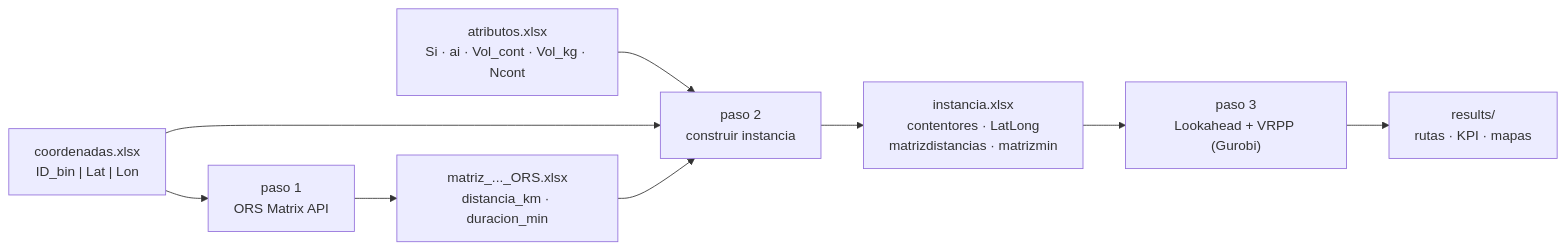
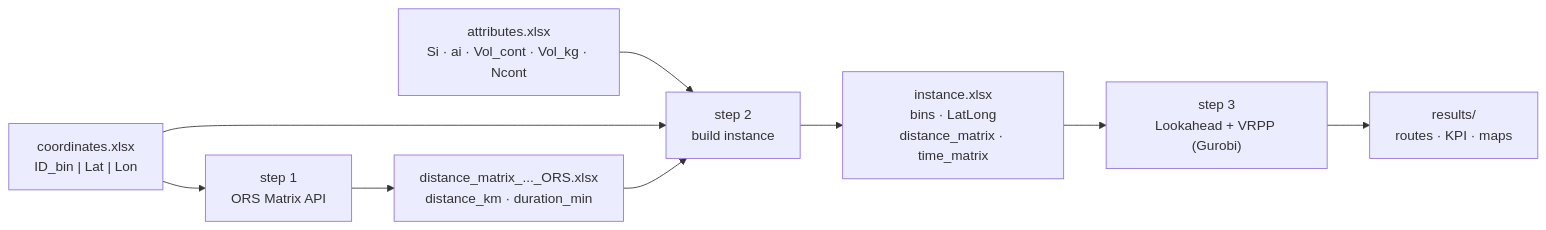
The diagram in README.md (hect456/Wsmart_Route_VRPP-Lookahead), drawn with Mermaid before and after one commit. The commit also changed other lines of this file and 26 other files, not shown here.

````diff
--- a/README.md
+++ b/README.md
@@ -64,11 +68,11 @@
 ```mermaid
 flowchart LR
-    A["coordenadas.xlsx<br/>ID_bin | Lat | Lon"] --> P1["paso 1<br/>ORS Matrix API"]
-    P1 --> M["matriz_..._ORS.xlsx<br/>distancia_km · duracion_min"]
-    B["atributos.xlsx<br/>Si · ai · Vol_cont · Vol_kg · Ncont"] --> P2["paso 2<br/>construir instancia"]
+    A["coordinates.xlsx<br/>ID_bin | Lat | Lon"] --> P1["step 1<br/>ORS Matrix API"]
+    P1 --> M["distance_matrix_..._ORS.xlsx<br/>distance_km · duration_min"]
+    B["attributes.xlsx<br/>Si · ai · Vol_cont · Vol_kg · Ncont"] --> P2["step 2<br/>build instance"]
     A --> P2
     M --> P2
-    P2 --> I["instancia.xlsx<br/>contentores · LatLong<br/>matrizdistancias · matrizmin"]
-    I --> P3["paso 3<br/>Lookahead + VRPP (Gurobi)"]
-    P3 --> R["results/<br/>rutas · KPI · mapas"]
+    P2 --> I["instance.xlsx<br/>bins · LatLong<br/>distance_matrix · time_matrix"]
+    I --> P3["step 3<br/>Lookahead + VRPP (Gurobi)"]
+    P3 --> R["results/<br/>routes · KPI · maps"]
 ```
````
